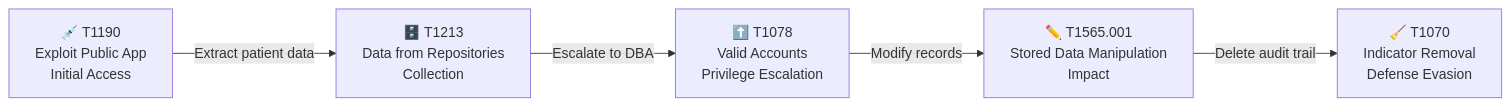
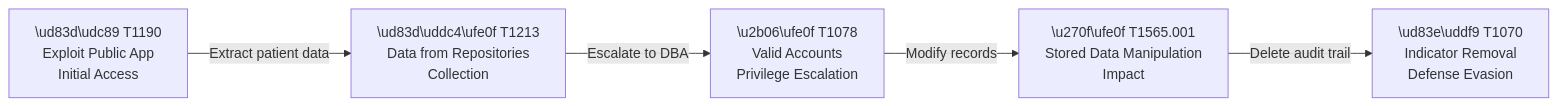
The fourth of 5 diagrams in reports/analyses/mitre-mapping.md (AurelienKumarathas/Complete-threat-model-for-healthcare-application), drawn with Mermaid before and after one commit. The commit also changed other lines of this file, not shown here.

````diff
--- a/reports/analyses/mitre-mapping.md
+++ b/reports/analyses/mitre-mapping.md
@@ -159,7 +169,7 @@
 ```mermaid
 flowchart LR
-    A["💉 T1190\nExploit Public App\nInitial Access"] -->|Extract patient data| B["🗄️ T1213\nData from Repositories\nCollection"]
-    B -->|Escalate to DBA| C["⬆️ T1078\nValid Accounts\nPrivilege Escalation"]
-    C -->|Modify records| D["✏️ T1565.001\nStored Data Manipulation\nImpact"]
-    D -->|Delete audit trail| E["🧹 T1070\nIndicator Removal\nDefense Evasion"]
+    A["\ud83d\udc89 T1190\nExploit Public App\nInitial Access"] -->|Extract patient data| B["\ud83d\uddc4\ufe0f T1213\nData from Repositories\nCollection"]
+    B -->|Escalate to DBA| C["\u2b06\ufe0f T1078\nValid Accounts\nPrivilege Escalation"]
+    C -->|Modify records| D["\u270f\ufe0f T1565.001\nStored Data Manipulation\nImpact"]
+    D -->|Delete audit trail| E["\ud83e\uddf9 T1070\nIndicator Removal\nDefense Evasion"]
 ```
````
